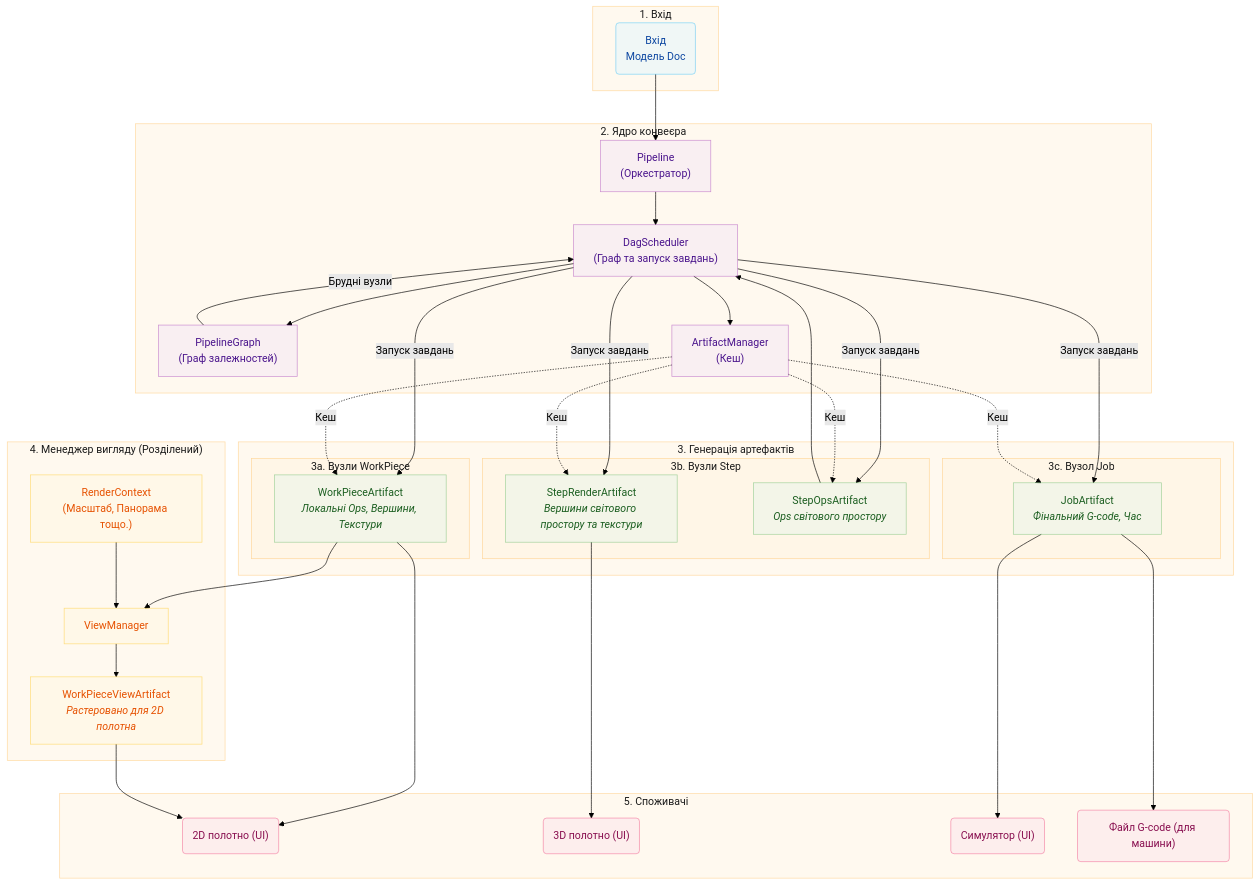
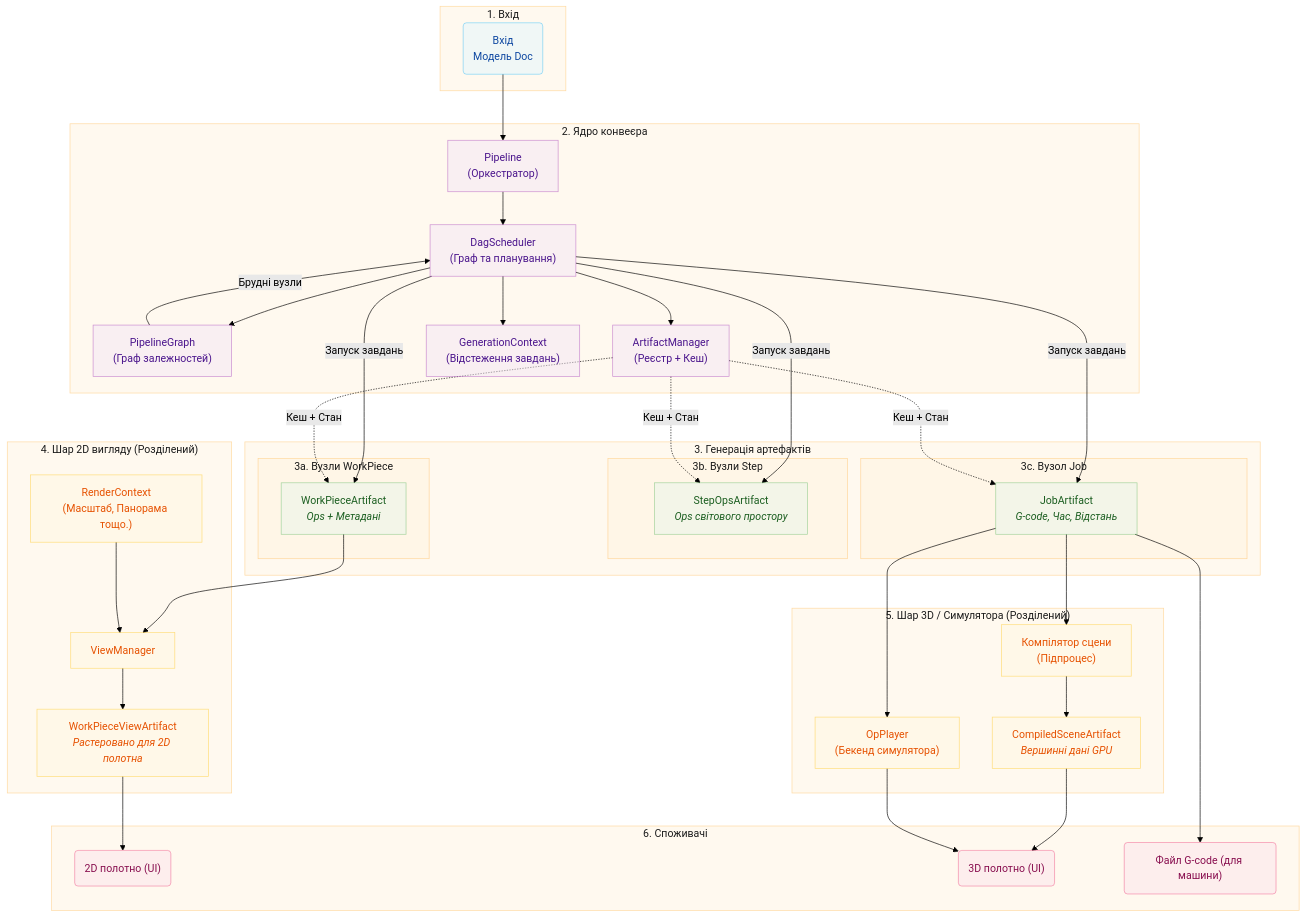
One commit to yuri-schmaltz/my-rayforge changed the diagram in website/i18n/uk/docusaurus-plugin-content-docs/current/developer/pipeline.md. Above: the diagram before and after it, drawn with Mermaid (forest theme). The commit also changed other lines of this file and 8 other files, not shown here.

````diff
--- a/website/i18n/uk/docusaurus-plugin-content-docs/current/developer/pipeline.md
+++ b/website/i18n/uk/docusaurus-plugin-content-docs/current/developer/pipeline.md
@@ -13,36 +17,41 @@
 
     subgraph PipelineCore["2. Ядро конвеєра"]
         Pipeline["Pipeline<br/>(Оркестратор)"]
-        DAG["DagScheduler<br/>(Граф та запуск завдань)"]
+        DAG["DagScheduler<br/>(Граф та планування)"]
         Graph["PipelineGraph<br/>(Граф залежностей)"]
-        AM["ArtifactManager<br/>(Кеш)"]
+        AM["ArtifactManager<br/>(Реєстр + Кеш)"]
+        GC["GenerationContext<br/>(Відстеження завдань)"]
     end
 
     subgraph ArtifactGen["3. Генерація артефактів"]
         subgraph WorkPieceNodes["3a. Вузли WorkPiece"]
-            WP["WorkPieceArtifact<br/><i>Локальні Ops, Вершини, Текстури</i>"]
+            WP["WorkPieceArtifact<br/><i>Ops + Метадані</i>"]
         end
 
         subgraph StepNodes["3b. Вузли Step"]
-            SR["StepRenderArtifact<br/><i>Вершини світового простору та текстури</i>"]
             SO["StepOpsArtifact<br/><i>Ops світового простору</i>"]
         end
 
         subgraph JobNode["3c. Вузол Job"]
-            JA["JobArtifact<br/><i>Фінальний G-code, Час</i>"]
+            JA["JobArtifact<br/><i>G-code, Час, Відстань</i>"]
         end
     end
 
-    subgraph ViewMgr["4. Менеджер вигляду (Розділений)"]
+    subgraph View2D["4. Шар 2D вигляду (Розділений)"]
         VM["ViewManager"]
-        VC["RenderContext<br/>(Масштаб, Панорама тощо.)"]
+        RC["RenderContext<br/>(Масштаб, Панорама тощо.)"]
         WV["WorkPieceViewArtifact<br/><i>Растеровано для 2D полотна</i>"]
     end
 
-    subgraph Consumers["5. Споживачі"]
+    subgraph View3D["5. Шар 3D / Симулятора (Розділений)"]
+        SC["Компілятор сцени<br/>(Підпроцес)"]
+        CS["CompiledSceneArtifact<br/><i>Вершинні дані GPU</i>"]
+        OP["OpPlayer<br/>(Бекенд симулятора)"]
+    end
+
+    subgraph Consumers["6. Споживачі"]
         Vis2D("2D полотно (UI)")
         Vis3D("3D полотно (UI)")
-        Simulator("Симулятор (UI)")
         File("Файл G-code (для машини)")
     end
 
@@ -50,28 +59,29 @@
     Pipeline --> DAG
     DAG --> Graph
     DAG --> AM
+    DAG --> GC
 
     Graph -->|"Брудні вузли"| DAG
     DAG -->|"Запуск завдань"| WP
-    DAG -->|"Запуск завдань"| SR
     DAG -->|"Запуск завдань"| SO
     DAG -->|"Запуск завдань"| JA
 
-    AM -.->|"Кеш"| WP
-    AM -.->|"Кеш"| SR
-    AM -.->|"Кеш"| SO
-    AM -.->|"Кеш"| JA
+    AM -.->|"Кеш + Стан"| WP
+    AM -.->|"Кеш + Стан"| SO
+    AM -.->|"Кеш + Стан"| JA
 
-    WP --> Vis2D
     WP --> VM
-    SR --> Vis3D
-    SO --> DAG
-    JA --> Simulator
+    JA --> SC
+    JA --> OP
     JA --> File
 
-    VC --> VM
+    RC --> VM
     VM --> WV
     WV --> Vis2D
+
+    SC --> CS
+    CS --> Vis3D
+    OP --> Vis3D
 
     classDef clusterBox fill:#fff3e080,stroke:#ffb74d80,stroke-width:1px,color:#1a1a1a
     classDef inputNode fill:#e1f5fe80,stroke:#03a9f480,color:#0d47a1
@@ -79,10 +89,10 @@
     classDef artifactNode fill:#e8f5e980,stroke:#4caf5080,color:#1b5e20
     classDef viewNode fill:#fff8e180,stroke:#ffc10780,color:#e65100
     classDef consumerNode fill:#fce4ec80,stroke:#e91e6380,color:#880e4f
-    class Input,PipelineCore,ArtifactGen,WorkPieceNodes,StepNodes,JobNode,ViewMgr,Consumers clusterBox
+    class Input,PipelineCore,ArtifactGen,WorkPieceNodes,StepNodes,JobNode,View2D,View3D,Consumers clusterBox
     class InputNode inputNode
-    class Pipeline,DAG,Graph,AM coreNode
-    class WP,SR,SO,JA artifactNode
-    class VM,VC,WV viewNode
-    class Vis2D,Vis3D,Simulator,File consumerNode
+    class Pipeline,DAG,Graph,AM,GC coreNode
+    class WP,SO,JA artifactNode
+    class VM,RC,WV,SC,CS,OP viewNode
+    class Vis2D,Vis3D,File consumerNode
 ```
````
